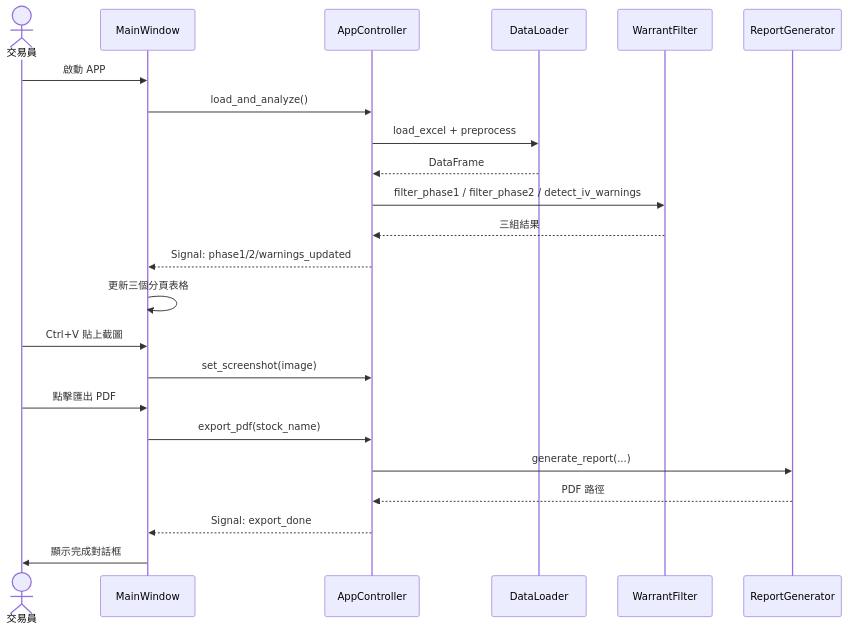
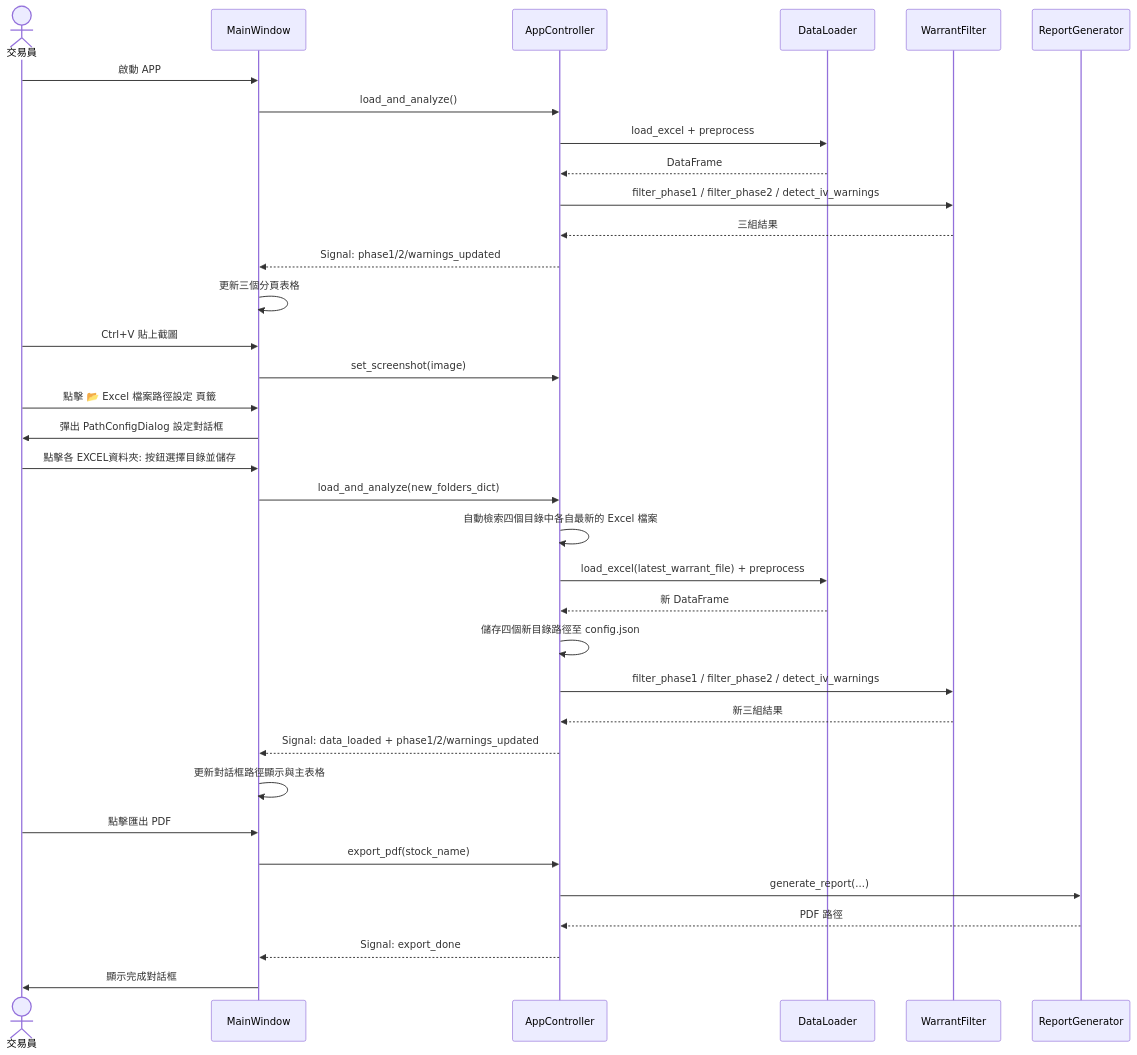
One commit to kkla1016/w-insight changed the fifth of 10 diagrams in spec.md. Above: the diagram before and after it, drawn with Mermaid. The commit also changed other lines of this file and 9 other files, not shown here.

````diff
--- a/spec.md
+++ b/spec.md
@@ -147,28 +156,41 @@
 ```mermaid
 sequenceDiagram
     actor User as 交易員
     participant MW as MainWindow
     participant AC as AppController
     participant DL as DataLoader
     participant WF as WarrantFilter
     participant RG as ReportGenerator
 
     User->>MW: 啟動 APP
     MW->>AC: load_and_analyze()
     AC->>DL: load_excel + preprocess
     DL-->>AC: DataFrame
     AC->>WF: filter_phase1 / filter_phase2 / detect_iv_warnings
     WF-->>AC: 三組結果
     AC-->>MW: Signal: phase1/2/warnings_updated
     MW->>MW: 更新三個分頁表格
 
     User->>MW: Ctrl+V 貼上截圖
     MW->>AC: set_screenshot(image)
 
+    User->>MW: 點擊 📂 Excel 檔案路徑設定 頁籤
+    MW->>User: 彈出 PathConfigDialog 設定對話框
+    User->>MW: 點擊各 EXCEL資料夾: 按鈕選擇目錄並儲存
+    MW->>AC: load_and_analyze(new_folders_dict)
+    AC->>AC: 自動檢索四個目錄中各自最新的 Excel 檔案
+    AC->>DL: load_excel(latest_warrant_file) + preprocess
+    DL-->>AC: 新 DataFrame
+    AC->>AC: 儲存四個新目錄路徑至 config.json
+    AC->>WF: filter_phase1 / filter_phase2 / detect_iv_warnings
+    WF-->>AC: 新三組結果
+    AC-->>MW: Signal: data_loaded + phase1/2/warnings_updated
+    MW->>MW: 更新對話框路徑顯示與主表格
+
     User->>MW: 點擊匯出 PDF
     MW->>AC: export_pdf(stock_name)
     AC->>RG: generate_report(...)
     RG-->>AC: PDF 路徑
     AC-->>MW: Signal: export_done
     MW->>User: 顯示完成對話框
 ```
````
